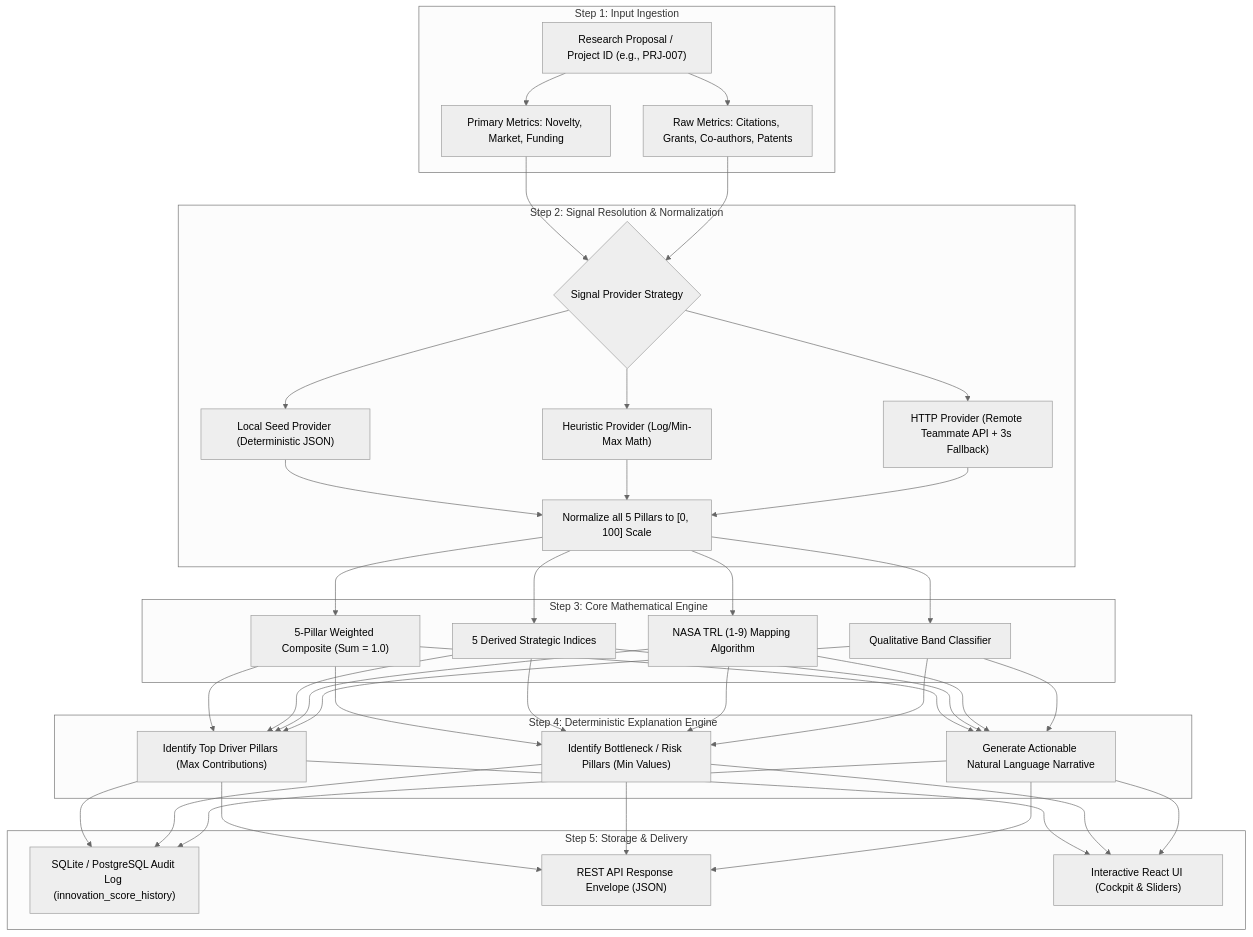
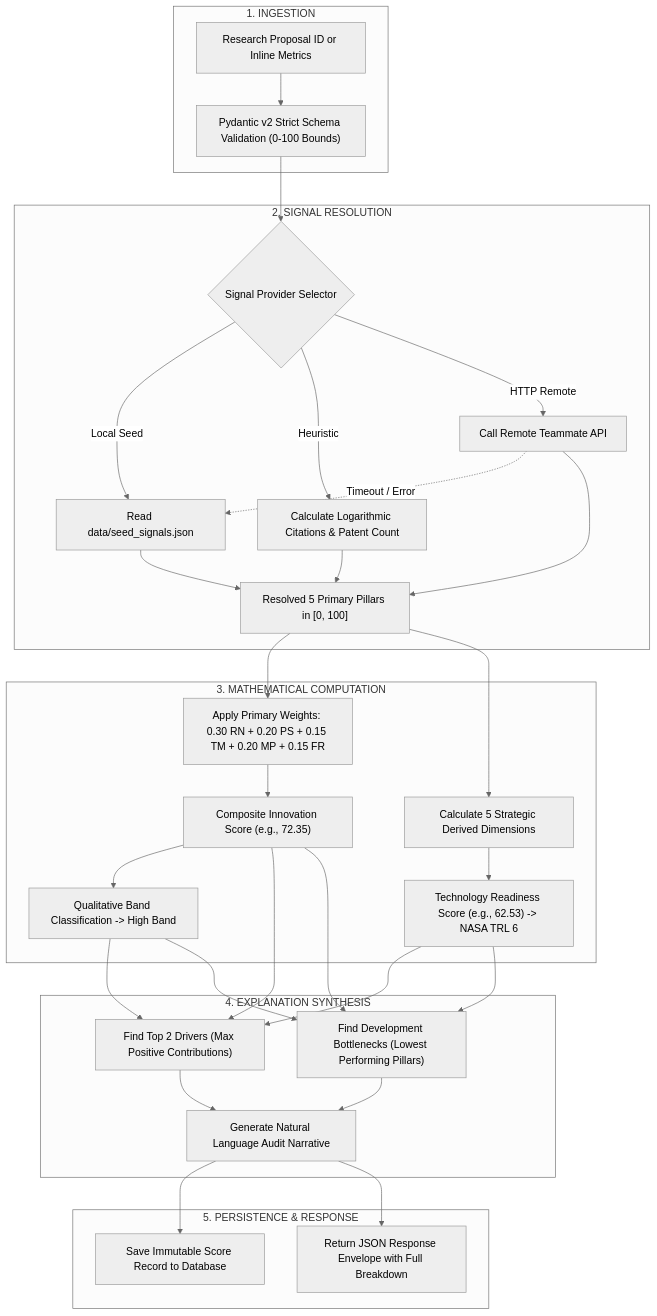
One commit to springboardmentor825/Research-Funding-Innovation-Team-3 changed the second of 6 diagrams in docs/MEMBER_4_STANDALONE_SCORING_INTELLIGENCE.md. Above: the diagram before and after it, drawn with Mermaid (neutral theme). The commit also changed other lines of this file, not shown here.

Commit message:
docs(member-4): add all working Mermaid diagrams for standalone intelligence

````diff
--- a/docs/MEMBER_4_STANDALONE_SCORING_INTELLIGENCE.md
+++ b/docs/MEMBER_4_STANDALONE_SCORING_INTELLIGENCE.md
@@ -20,43 +65,34 @@
 ```mermaid
 flowchart TD
-    subgraph Step1["Step 1: Input Ingestion"]
-        A["Research Proposal / Project ID (e.g., PRJ-007)"]
-        A1["Primary Metrics: Novelty, Market, Funding"]
-        A2["Raw Metrics: Citations, Grants, Co-authors, Patents"]
+    subgraph Stage1["1. INGESTION"]
+        A["Research Proposal ID or Inline Metrics"] --> B["Pydantic v2 Strict Schema Validation (0-100 Bounds)"]
     end
 
-    subgraph Step2["Step 2: Signal Resolution & Normalization"]
-        B{"Signal Provider Strategy"}
-        B1["Local Seed Provider (Deterministic JSON)"]
-        B2["Heuristic Provider (Log/Min-Max Math)"]
-        B3["HTTP Provider (Remote Teammate API + 3s Fallback)"]
-        NORM["Normalize all 5 Pillars to [0, 100] Scale"]
+    subgraph Stage2["2. SIGNAL RESOLUTION"]
+        B --> C{"Signal Provider Selector"}
+        C -->|Local Seed| D1["Read data/seed_signals.json"]
+        C -->|Heuristic| D2["Calculate Logarithmic Citations & Patent Count"]
+        C -->|HTTP Remote| D3["Call Remote Teammate API"]
+        D3 -.->|Timeout / Error| D1
+        D1 & D2 & D3 --> E["Resolved 5 Primary Pillars in [0, 100]"]
     end
 
-    subgraph Step3["Step 3: Core Mathematical Engine"]
-        C1["5-Pillar Weighted Composite (Sum = 1.0)"]
-        C2["5 Derived Strategic Indices"]
-        C3["NASA TRL (1-9) Mapping Algorithm"]
-        C4["Qualitative Band Classifier"]
+    subgraph Stage3["3. MATHEMATICAL COMPUTATION"]
+        E --> F1["Apply Primary Weights: 0.30 RN + 0.20 PS + 0.15 TM + 0.20 MP + 0.15 FR"]
+        E --> F2["Calculate 5 Strategic Derived Dimensions"]
+        F1 --> G1["Composite Innovation Score (e.g., 72.35)"]
+        F2 --> G2["Technology Readiness Score (e.g., 62.53) -> NASA TRL 6"]
+        G1 --> G3["Qualitative Band Classification -> High Band"]
     end
 
-    subgraph Step4["Step 4: Deterministic Explanation Engine"]
-        D1["Identify Top Driver Pillars (Max Contributions)"]
-        D2["Identify Bottleneck / Risk Pillars (Min Values)"]
-        D3["Generate Actionable Natural Language Narrative"]
+    subgraph Stage4["4. EXPLANATION SYNTHESIS"]
+        G1 & G2 & G3 --> H1["Find Top 2 Drivers (Max Positive Contributions)"]
+        G1 & G2 & G3 --> H2["Find Development Bottlenecks (Lowest Performing Pillars)"]
+        H1 & H2 --> H3["Generate Natural Language Audit Narrative"]
     end
 
-    subgraph Step5["Step 5: Storage & Delivery"]
-        E1["SQLite / PostgreSQL Audit Log (innovation_score_history)"]
-        E2["REST API Response Envelope (JSON)"]
-        E3["Interactive React UI (Cockpit & Sliders)"]
+    subgraph Stage5["5. PERSISTENCE & RESPONSE"]
+        H3 --> I1["Save Immutable Score Record to Database"]
+        H3 --> I2["Return JSON Response Envelope with Full Breakdown"]
     end
-
-    A --> A1 & A2
-    A1 & A2 --> B
-    B --> B1 & B2 & B3
-    B1 & B2 & B3 --> NORM
-    NORM --> C1 & C2 & C3 & C4
-    C1 & C2 & C3 & C4 --> D1 & D2 & D3
-    D1 & D2 & D3 --> E1 & E2 & E3
 ```
````
